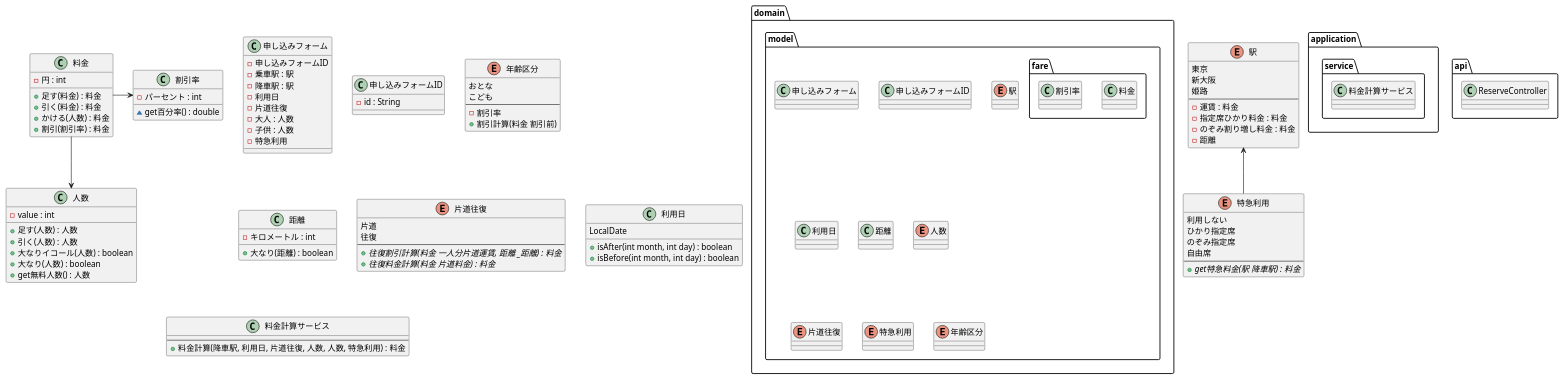
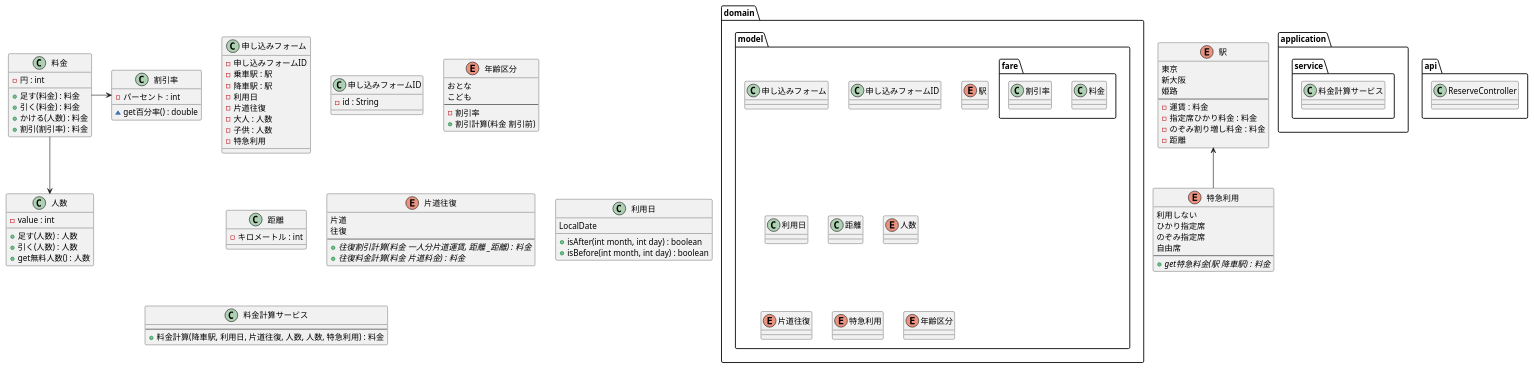
Before and after one commit to MiuraKotaro/jr-pricing: the diagram in uml/class.puml, drawn with PlantUML. The commit also changed 5 other files, not shown here.

```diff
--- a/uml/class.puml
+++ b/uml/class.puml
@@ -1,121 +1,117 @@
 @startuml
 
 package domain {
     package model {
 
         class 申し込みフォーム
         class 申し込みフォームID
         enum 駅
         package fare {
             class 料金
             class 割引率
         }
         class 利用日
         class 距離
         enum 人数
         enum 片道往復
         enum 特急利用
         enum 年齢区分
     }
 
 }
 
 package application {
     package service {
         class 料金計算サービス
     }
 }
 
 package api {
     class ReserveController
 }
 
 class 申し込みフォーム {
     - 申し込みフォームID
     - 乗車駅 : 駅
     - 降車駅 : 駅
     - 利用日
     - 片道往復
     - 大人 : 人数
     - 子供 : 人数
     - 特急利用
 }
 class 申し込みフォームID {
     - id : String
 }
 enum 駅 {
     東京
     新大阪
     姫路
     --
     - 運賃 : 料金
     - 指定席ひかり料金 : 料金
     - のぞみ割り増し料金 : 料金
     - 距離
 }
 enum 特急利用 {
     利用しない
     ひかり指定席
     のぞみ指定席
     自由席
     --
     + {abstract} get特急料金(駅 降車駅) : 料金
 }
 enum 年齢区分 {
     おとな
     こども
     --
     - 割引率
     + 割引計算(料金 割引前)
 }
 class 料金 {
     - 円 : int
 
     + 足す(料金) : 料金
     + 引く(料金) : 料金
     + かける(人数) : 料金
     + 割引(割引率) : 料金
 }
 class 割引率 {
     - パーセント : int
 
     ~ get百分率() : double
 }
 class 距離 {
     - キロメートル : int
-
-    + 大なり(距離) : boolean
 }
 class 人数 {
     - value : int
 
     + 足す(人数) : 人数
     + 引く(人数) : 人数
-    + 大なりイコール(人数) : boolean
-    + 大なり(人数) : boolean
     + get無料人数() : 人数
 }
 enum 片道往復 {
     片道
     往復
     --
     + {abstract} 往復割引計算(料金 一人分片道運賃, 距離 _距離) : 料金
     + {abstract} 往復料金計算(料金 片道料金) : 料金
 }
 class 利用日 {
     LocalDate
 
     + isAfter(int month, int day) : boolean
     + isBefore(int month, int day) : boolean
 }
 
 class 料金計算サービス {
     --
     + 料金計算(降車駅, 利用日, 片道往復, 人数, 人数, 特急利用) : 料金
 }
 
 駅 <-- 特急利用
 料金 --> 人数
 料金 -> 割引率
 
 @enduml
```
